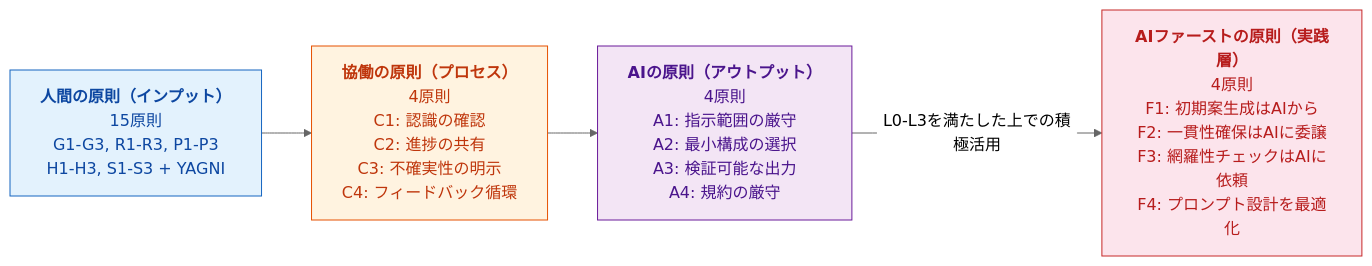
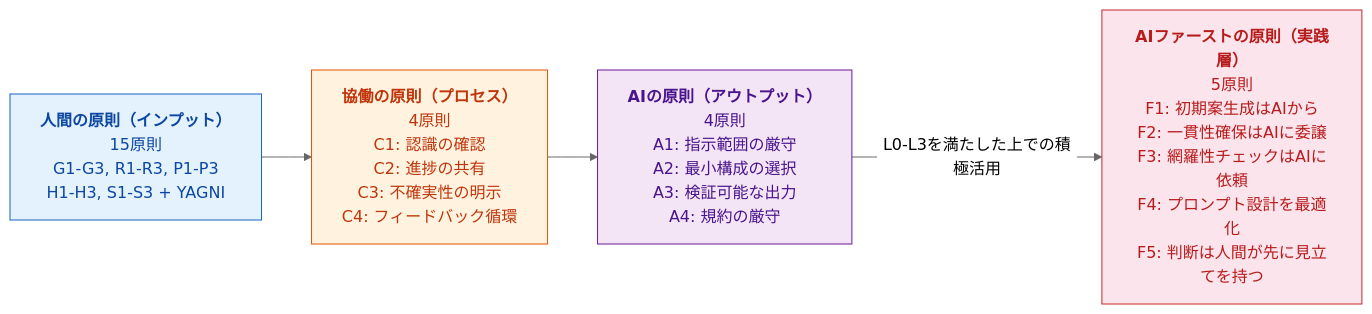
One commit to techtechstyle/ai-collaborative-dev-framework changed the first of 2 diagrams in README.md. Above: the diagram before and after it, drawn with Mermaid (neutral theme). The commit also changed other lines of this file and 4 other files, not shown here.

````diff
--- a/README.md
+++ b/README.md
@@ -119,15 +119,15 @@
 ```mermaid
 flowchart LR
     H["<b>人間の原則（インプット）</b><br>15原則<br>G1-G3, R1-R3, P1-P3<br>H1-H3, S1-S3 + YAGNI"]
     C["<b>協働の原則（プロセス）</b><br>4原則<br>C1: 認識の確認<br>C2: 進捗の共有<br>C3: 不確実性の明示<br>C4: フィードバック循環"]
     A["<b>AIの原則（アウトプット）</b><br>4原則<br>A1: 指示範囲の厳守<br>A2: 最小構成の選択<br>A3: 検証可能な出力<br>A4: 規約の厳守"]
-    F["<b>AIファーストの原則（実践層）</b><br>4原則<br>F1: 初期案生成はAIから<br>F2: 一貫性確保はAIに委譲<br>F3: 網羅性チェックはAIに依頼<br>F4: プロンプト設計を最適化"]
+    F["<b>AIファーストの原則（実践層）</b><br>5原則<br>F1: 初期案生成はAIから<br>F2: 一貫性確保はAIに委譲<br>F3: 網羅性チェックはAIに依頼<br>F4: プロンプト設計を最適化<br>F5: 判断は人間が先に見立てを持つ"]
 
     H --> C --> A
     A -->|"L0-L3を満たした上での積極活用"| F
 
     style H fill:#e3f2fd,stroke:#1565c0,color:#0d47a1
     style C fill:#fff3e0,stroke:#e65100,color:#bf360c
     style A fill:#f3e5f5,stroke:#6a1b9a,color:#4a148c
     style F fill:#fce4ec,stroke:#c62828,color:#b71c1c
 ```
````
